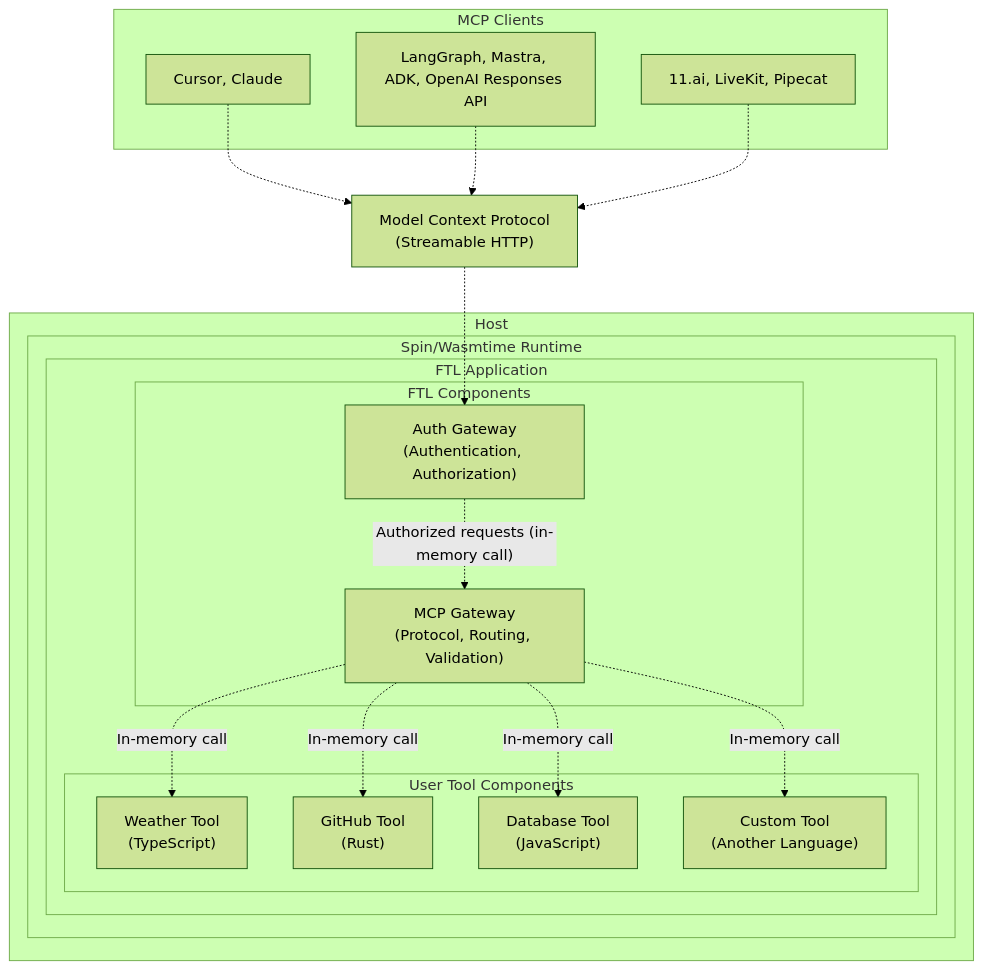
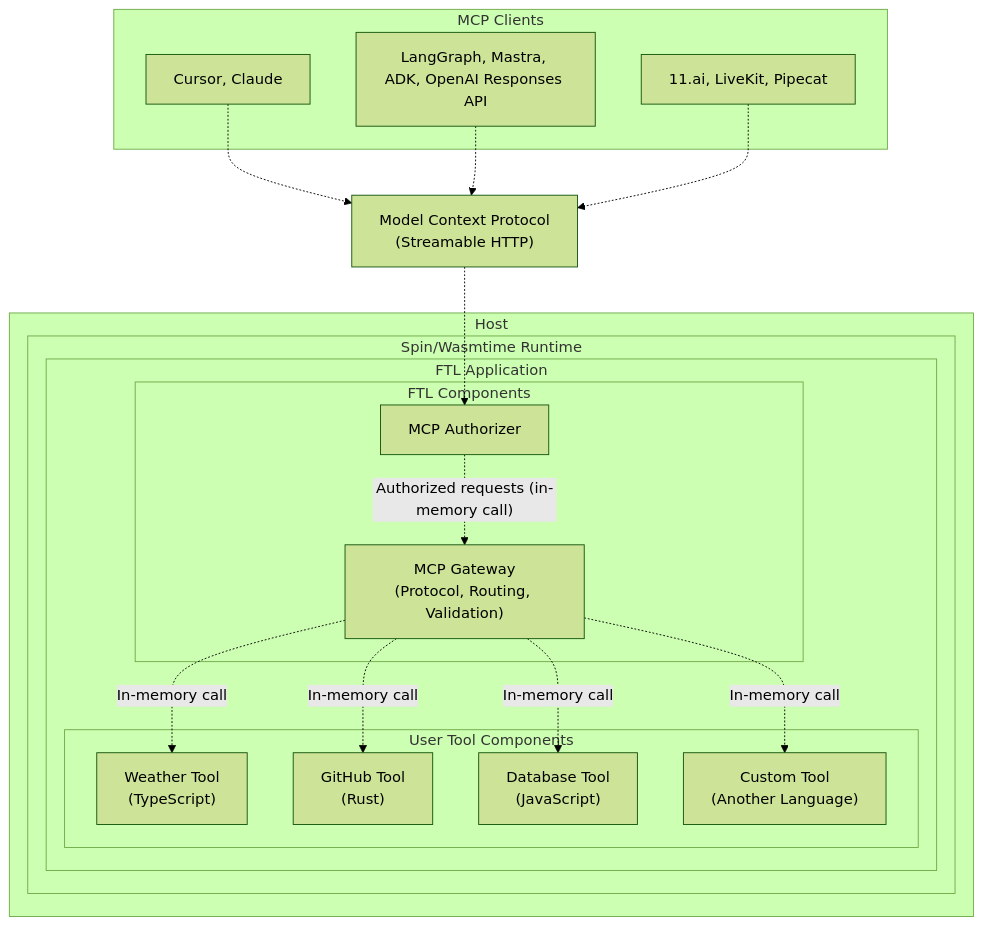
Before and after one commit to fastertools/ftl: the diagram in README.md, drawn with Mermaid (forest theme). The commit also changed other lines of this file and 2 other files, not shown here.

Commit message:
feat: Speedup installs in gha (#32)

````diff
--- a/README.md
+++ b/README.md
@@ -188,39 +190,39 @@
 ```mermaid
 graph TB
     subgraph "MCP Clients"
         Desktops["Cursor, Claude"]
         Agents["LangGraph, Mastra, ADK, OpenAI Responses API"]
         Realtime["11.ai, LiveKit, Pipecat"]
     end
     
     MCP["Model Context Protocol<br/>(Streamable HTTP)"]
     
 
       subgraph "Host"
           subgraph "Spin/Wasmtime Runtime"
               subgraph "FTL Application"
                   subgraph "FTL Components"
-                      AuthGateway["Auth Gateway<br/>(Authentication, Authorization)"]
+                      MCPAuth["MCP Authorizer"]
                       MCPGateway["MCP Gateway<br/>(Protocol, Routing, Validation)"]
                   end
                   
                   subgraph "User Tool Components"
                       Weather["Weather Tool<br/>(TypeScript)"]
                       GitHub["GitHub Tool<br/>(Rust)"]
                       Database["Database Tool<br/>(JavaScript)"]
                       Custom["Custom Tool<br/>(Another Language)"]
                   end
               end
           end
       end
     
     Desktops -.->| | MCP
     Agents -.->| | MCP
     Realtime -.->| | MCP
-    MCP -.->| | AuthGateway
-    AuthGateway -.->|"Authorized requests (in-memory call)"| MCPGateway
+    MCP -.->| | MCPAuth
+    MCPAuth -.->|"Authorized requests (in-memory call)"| MCPGateway
     MCPGateway -.->|"In-memory call"| Weather
     MCPGateway -.->|"In-memory call"| GitHub
     MCPGateway -.->|"In-memory call"| Database
     MCPGateway -.->|"In-memory call"| Custom
 ```
````
